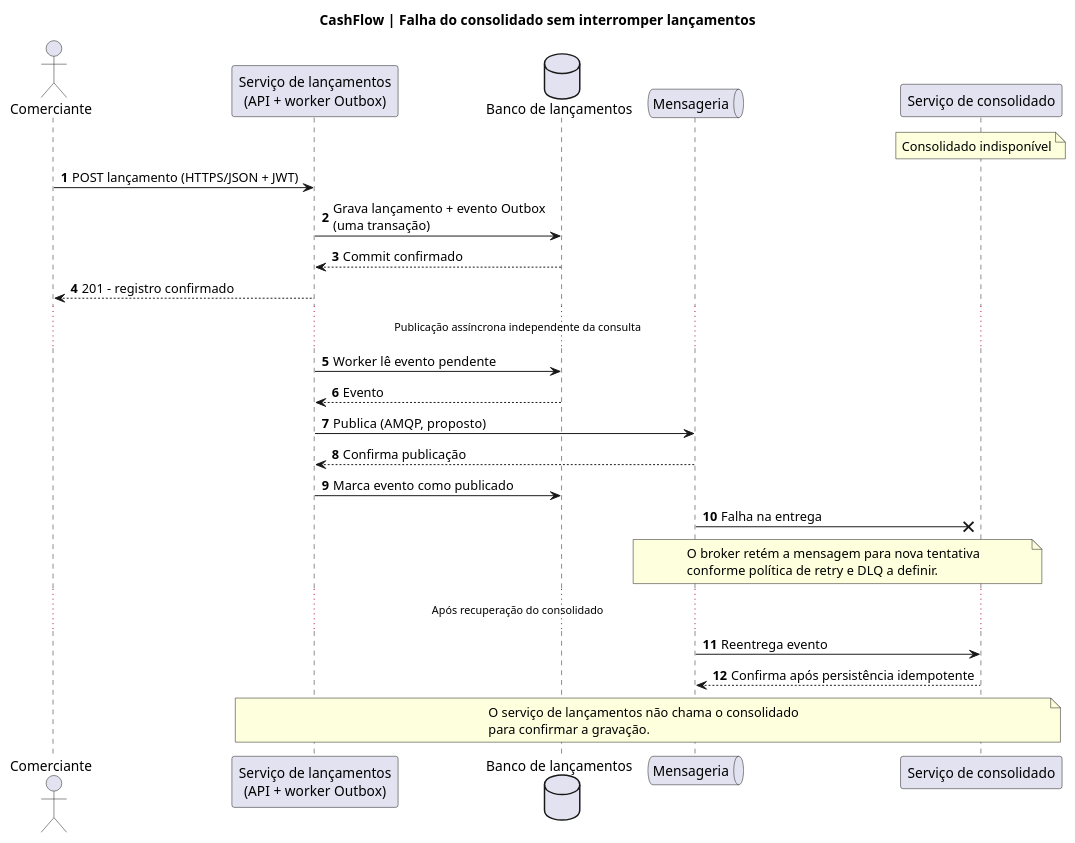
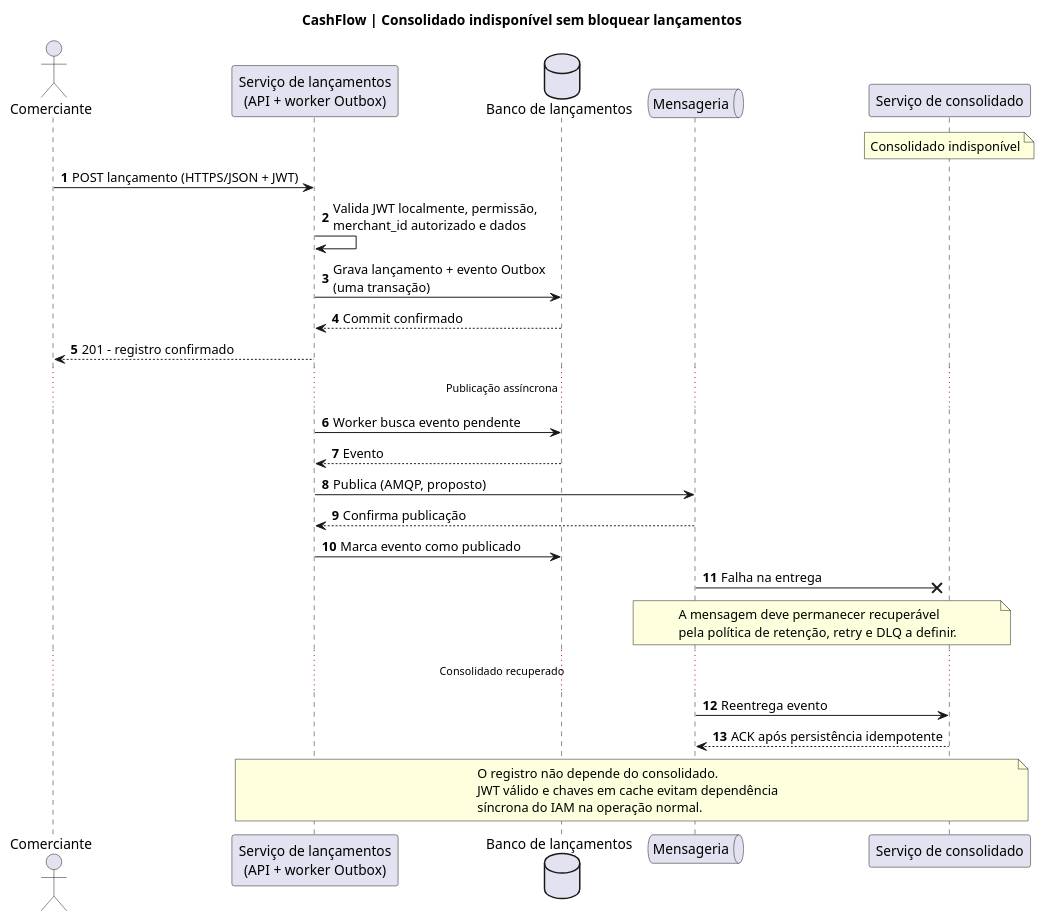
Before and after one commit to wolwerr/CashFlow-Architecture: the diagram in docs/architecture/plantuml/sequence-failure.puml, drawn with PlantUML.

Commit message:
docs: align data model and sequences with IAM and merchant isolation (#6)

```diff
--- a/docs/architecture/plantuml/sequence-failure.puml
+++ b/docs/architecture/plantuml/sequence-failure.puml
@@ -1,32 +1,34 @@
 @startuml CashFlow_Consolidation_Failure
-title CashFlow | Falha do consolidado sem interromper lançamentos
+title CashFlow | Consolidado indisponível sem bloquear lançamentos
 autonumber
 actor Comerciante
 participant "Serviço de lançamentos\n(API + worker Outbox)" as L
 database "Banco de lançamentos" as BL
 queue "Mensageria" as M
 participant "Serviço de consolidado" as C
 note over C: Consolidado indisponível
 Comerciante -> L: POST lançamento (HTTPS/JSON + JWT)
+L -> L: Valida JWT localmente, permissão,\nmerchant_id autorizado e dados
 L -> BL: Grava lançamento + evento Outbox\n(uma transação)
 BL --> L: Commit confirmado
 L --> Comerciante: 201 - registro confirmado
-... Publicação assíncrona independente da consulta ...
-L -> BL: Worker lê evento pendente
+... Publicação assíncrona ...
+L -> BL: Worker busca evento pendente
 BL --> L: Evento
 L -> M: Publica (AMQP, proposto)
 M --> L: Confirma publicação
 L -> BL: Marca evento como publicado
 M ->x C: Falha na entrega
 note over M,C
-O broker retém a mensagem para nova tentativa
-conforme política de retry e DLQ a definir.
+A mensagem deve permanecer recuperável
+pela política de retenção, retry e DLQ a definir.
 end note
-... Após recuperação do consolidado ...
+... Consolidado recuperado ...
 M -> C: Reentrega evento
-C --> M: Confirma após persistência idempotente
+C --> M: ACK após persistência idempotente
 note over L,C
-O serviço de lançamentos não chama o consolidado
-para confirmar a gravação.
+O registro não depende do consolidado.
+JWT válido e chaves em cache evitam dependência
+síncrona do IAM na operação normal.
 end note
 @enduml
```
